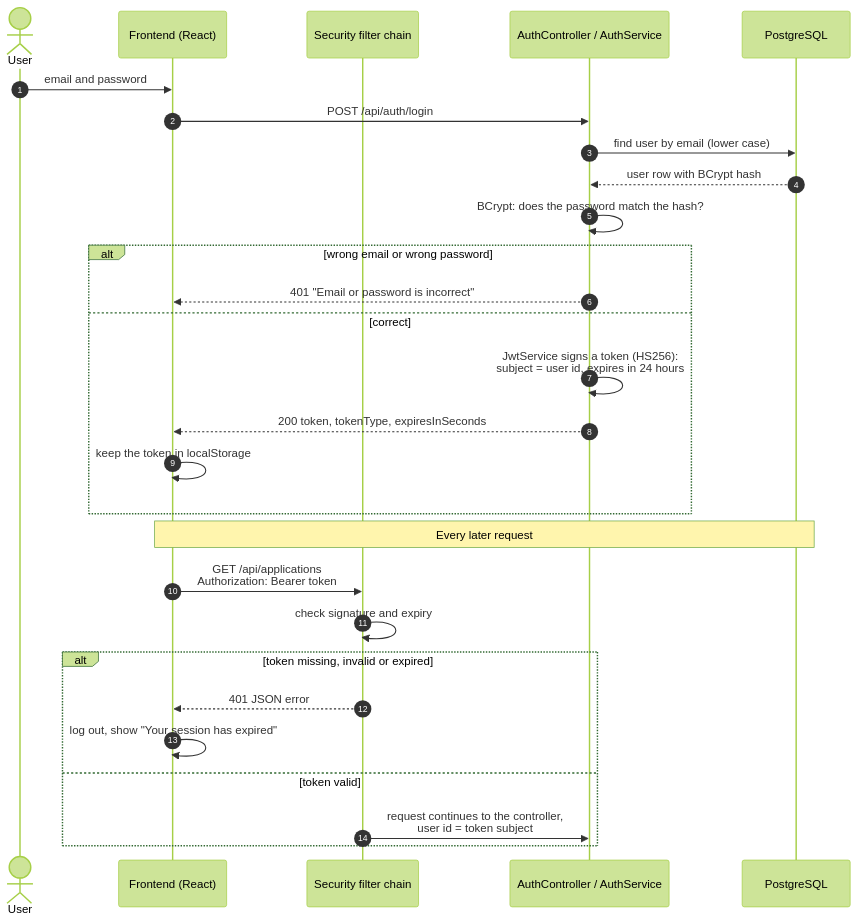
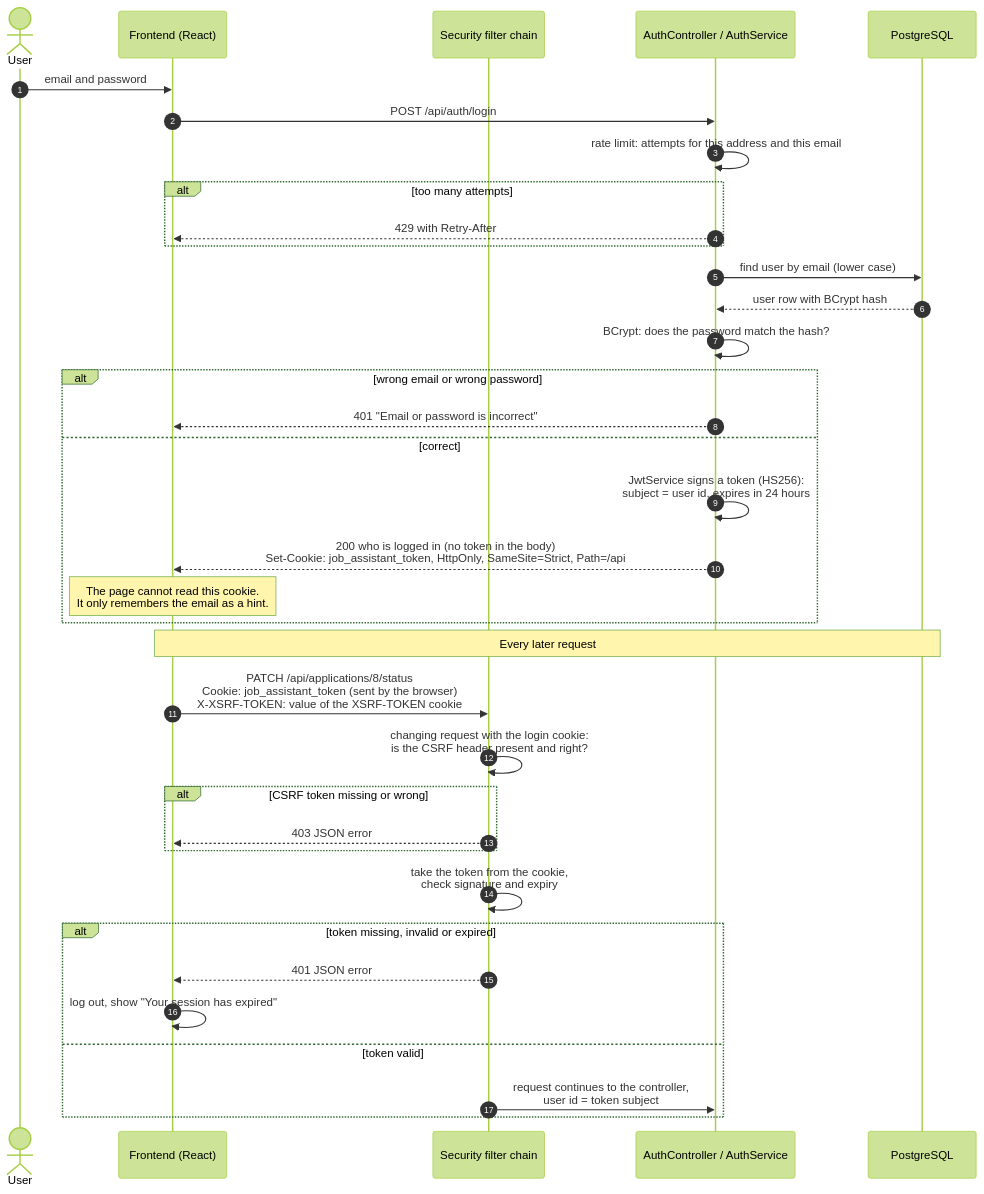
The fourth of 9 diagrams in docs/ARCHITECTURE.md (Jatin1Mathur/job-application-assistant), drawn with Mermaid (forest theme) before and after one commit. The commit also changed other lines of this file and 41 other files, not shown here.

First line of the commit message:
Harden the login, add rate limits, Testcontainers and code splitting

````diff
--- a/docs/ARCHITECTURE.md
+++ b/docs/ARCHITECTURE.md
@@ -133,33 +135,41 @@
 ```mermaid
 sequenceDiagram
     autonumber
     actor User
     participant FE as Frontend (React)
     participant SEC as Security filter chain
     participant AUTH as AuthController / AuthService
     participant DB as PostgreSQL
 
     User->>FE: email and password
     FE->>AUTH: POST /api/auth/login
+    AUTH->>AUTH: rate limit: attempts for this address and this email
+    alt too many attempts
+        AUTH-->>FE: 429 with Retry-After
+    end
     AUTH->>DB: find user by email (lower case)
     DB-->>AUTH: user row with BCrypt hash
     AUTH->>AUTH: BCrypt: does the password match the hash?
     alt wrong email or wrong password
         AUTH-->>FE: 401 "Email or password is incorrect"
     else correct
         AUTH->>AUTH: JwtService signs a token (HS256):<br/>subject = user id, expires in 24 hours
-        AUTH-->>FE: 200 token, tokenType, expiresInSeconds
-        FE->>FE: keep the token in localStorage
+        AUTH-->>FE: 200 who is logged in (no token in the body)<br/>Set-Cookie: job_assistant_token, HttpOnly, SameSite=Strict, Path=/api
+        Note over FE: The page cannot read this cookie.<br/>It only remembers the email as a hint.
     end
 
     Note over FE,DB: Every later request
 
-    FE->>SEC: GET /api/applications<br/>Authorization: Bearer token
-    SEC->>SEC: check signature and expiry
+    FE->>SEC: PATCH /api/applications/8/status<br/>Cookie: job_assistant_token (sent by the browser)<br/>X-XSRF-TOKEN: value of the XSRF-TOKEN cookie
+    SEC->>SEC: changing request with the login cookie:<br/>is the CSRF header present and right?
+    alt CSRF token missing or wrong
+        SEC-->>FE: 403 JSON error
+    end
+    SEC->>SEC: take the token from the cookie,<br/>check signature and expiry
     alt token missing, invalid or expired
         SEC-->>FE: 401 JSON error
         FE->>FE: log out, show "Your session has expired"
     else token valid
         SEC->>AUTH: request continues to the controller,<br/>user id = token subject
     end
 ```
````
